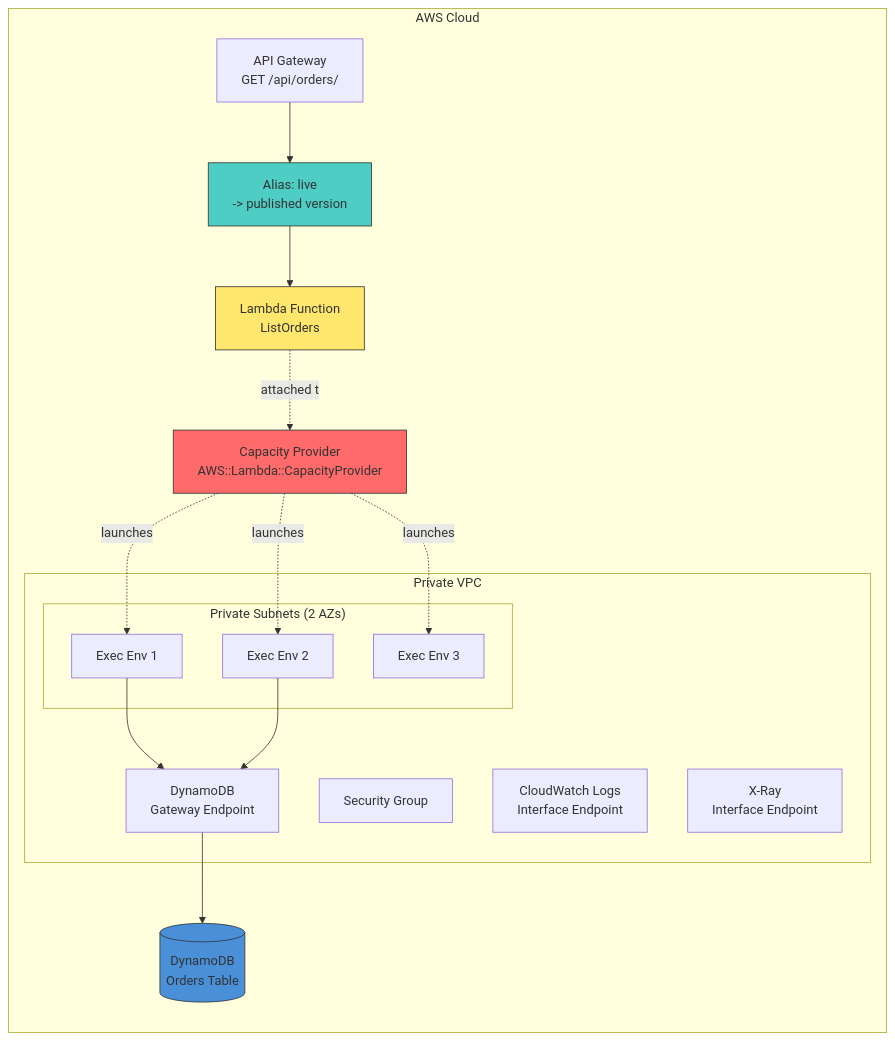
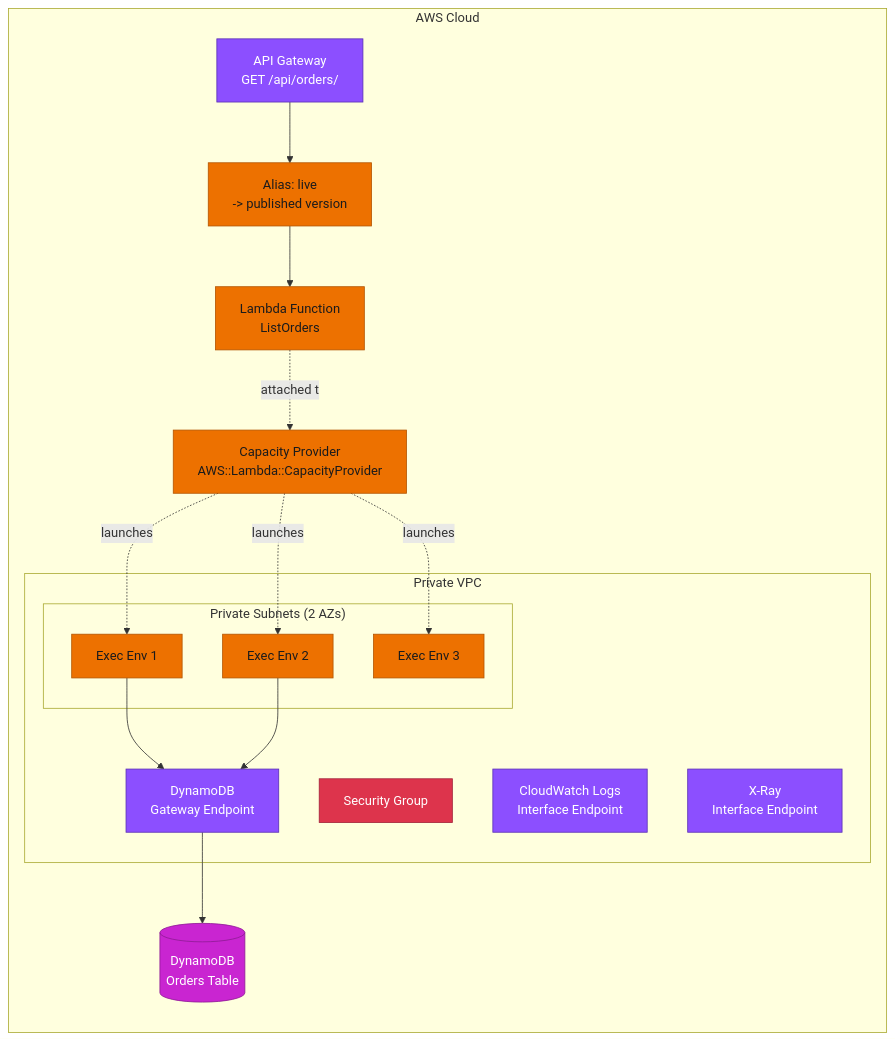
The diagram in docs/best_practices/managed_instances.md (ran-isenberg/aws-lambda-handler-cookbook), drawn with Mermaid before and after one commit. The commit also changed 66 other files, not shown here.

````diff
--- a/docs/best_practices/managed_instances.md
+++ b/docs/best_practices/managed_instances.md
@@ -25,39 +25,43 @@
 ```mermaid
 flowchart LR
     subgraph AWS["AWS Cloud"]
         APIGW["API Gateway<br/>GET /api/orders/"]
 
         subgraph VPC["Private VPC"]
             subgraph Subnets["Private Subnets (2 AZs)"]
                 ENV1["Exec Env 1"]
                 ENV2["Exec Env 2"]
                 ENV3["Exec Env 3"]
             end
             SG["Security Group"]
             DDB_EP["DynamoDB<br/>Gateway Endpoint"]
             LOGS_EP["CloudWatch Logs<br/>Interface Endpoint"]
             XRAY_EP["X-Ray<br/>Interface Endpoint"]
         end
 
         CP["Capacity Provider<br/>AWS::Lambda::CapacityProvider"]
         FN["Lambda Function<br/>ListOrders"]
         ALIAS["Alias: live<br/>-> published version"]
 
         DDB[("DynamoDB<br/>Orders Table")]
     end
 
     APIGW --> ALIAS
     ALIAS --> FN
     FN -.attached to.-> CP
     CP -.launches.-> ENV1
     CP -.launches.-> ENV2
     CP -.launches.-> ENV3
     ENV1 --> DDB_EP
     ENV2 --> DDB_EP
     DDB_EP --> DDB
 
-    style CP fill:#ff6b6b,stroke:#333
-    style FN fill:#ffe66d,stroke:#333
-    style ALIAS fill:#4ecdc4,stroke:#333
-    style DDB fill:#4a90d9,stroke:#333
+    classDef network fill:#8C4FFF,stroke:#5A30B5,color:#fff
+    classDef security fill:#DD344C,stroke:#A3233A,color:#fff
+    classDef compute fill:#ED7100,stroke:#B35500,color:#1b1b1b
+    classDef database fill:#C925D1,stroke:#8F1A95,color:#fff
+    class SG security
+    class APIGW,DDB_EP,LOGS_EP,XRAY_EP network
+    class ALIAS,FN,CP,ENV1,ENV2,ENV3 compute
+    class DDB database
 ```
````
